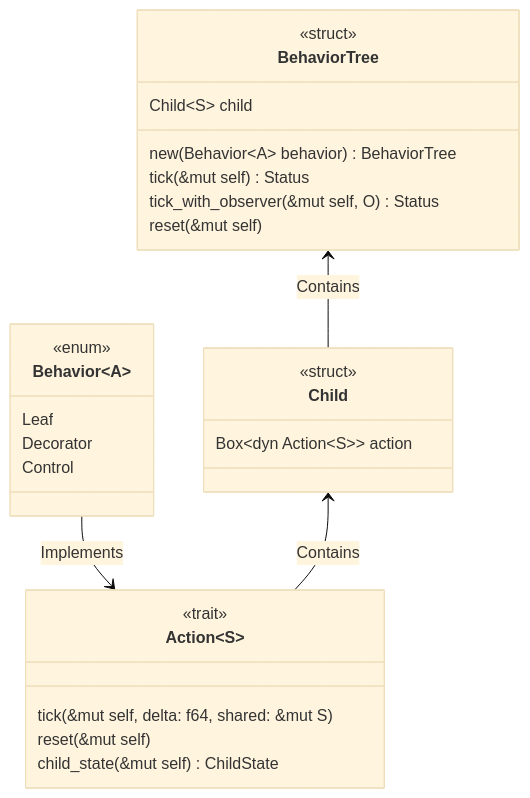
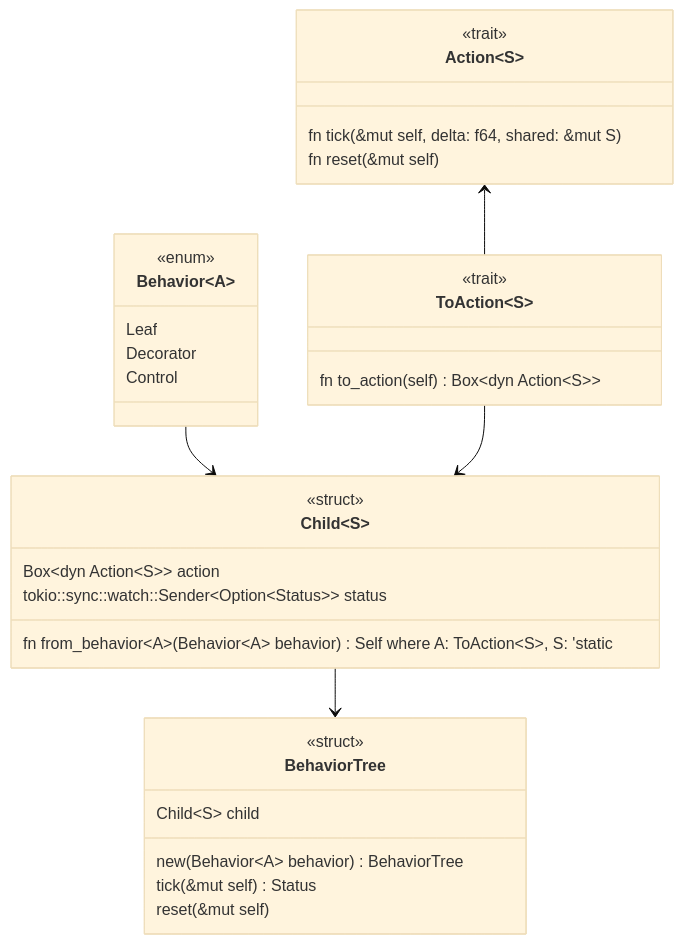
Before and after one commit to coder137/behaviortree-rs: the diagram in README.md, drawn with Mermaid (base theme). The commit also changed 8 other files, not shown here.

````diff
--- a/README.md
+++ b/README.md
@@ -3,40 +3,43 @@
 ```mermaid
 classDiagram
+
+class Action~S~ {
+    <<trait>>
+    fn tick(&mut self, delta: f64, shared: &mut S)
+    fn reset(&mut self)
+}
 
 class Behavior~A~ {
     <<enum>>
     Leaf
     Decorator
     Control
 }
 
-class Action~S~ {
+class ToAction~S~ {
     <<trait>>
-    tick(&mut self, delta: f64, shared: &mut S)
-    reset(&mut self)
-    child_state(&mut self) ChildState
+    fn to_action(self) Box~dyn Action~S~~
 }
 
-
-
-class Child {
+class Child~S~ {
     <<struct>>
     Box~dyn Action~S~~ action
+    tokio::sync::watch::Sender~Option~Status~~ status
+
+    fn from_behavior~A~(Behavior~A~ behavior) Self where A: ToAction~S~, S: 'static
 }
 
 class BehaviorTree {
     <<struct>>
     Child~S~ child
 
     new(Behavior~A~ behavior) BehaviorTree
     tick(&mut self) Status
-    tick_with_observer(&mut self, O) Status
     reset(&mut self)
 }
 
-Behavior --> Action: Implements
-
-Child <-- Action: Contains
-
-BehaviorTree <-- Child: Contains
+Behavior --> Child
+Action <-- ToAction
+ToAction --> Child
+Child --> BehaviorTree
 ```
````
